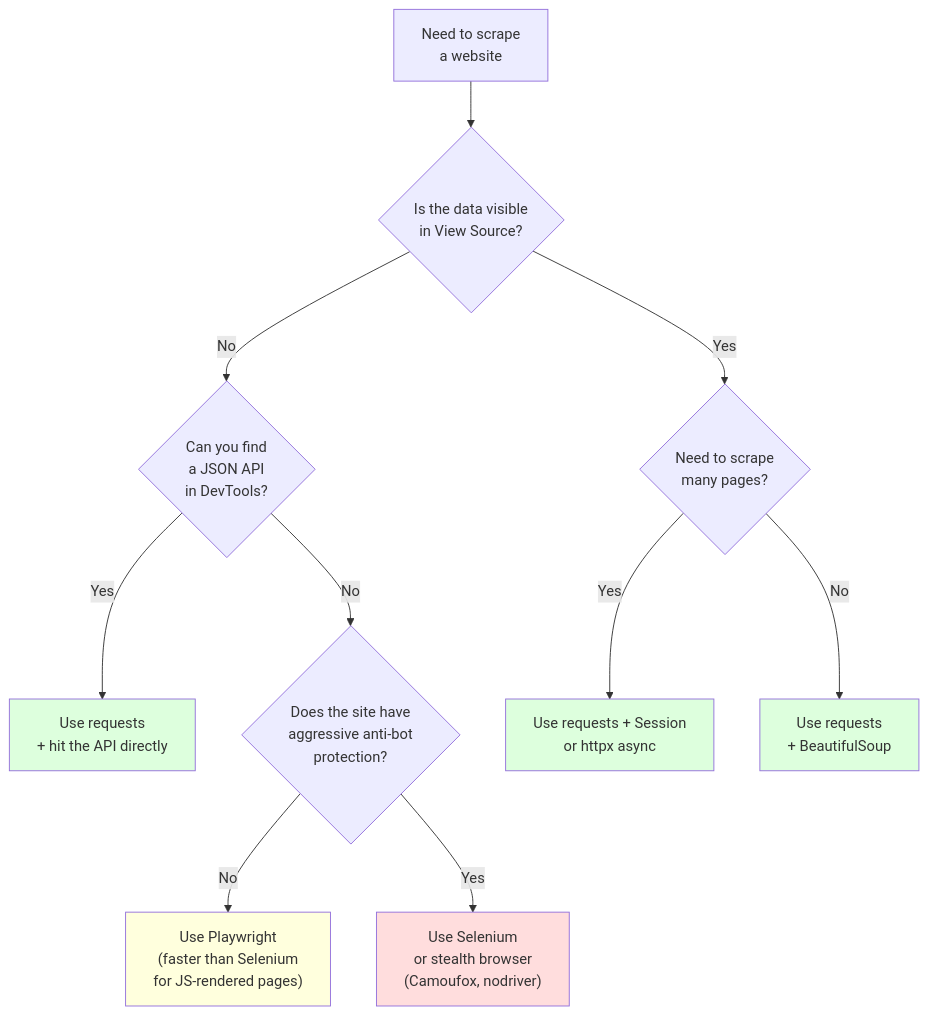
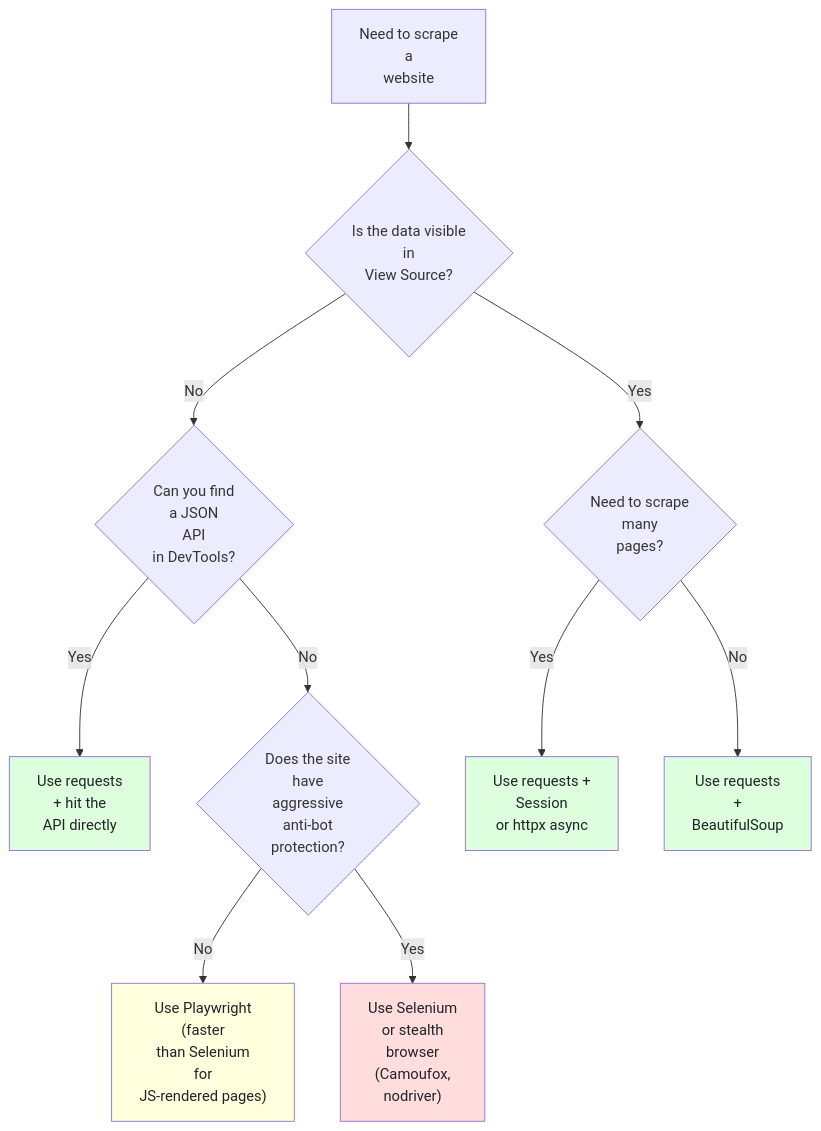
Before and after one commit to bytetunnels/bytetunnels.github.com: the second of 2 diagrams in _posts/2026-03-02-python-requests-vs-selenium-speed-performance-comparison.md, drawn with Mermaid. The commit also changed other lines of this file and 118 other files, not shown here.

Commit message:
feat: improve diagram styling and compact wide flowcharts

````diff
--- a/_posts/2026-03-02-python-requests-vs-selenium-speed-performance-comparison.md
+++ b/_posts/2026-03-02-python-requests-vs-selenium-speed-performance-comparison.md
@@ -486,21 +486,21 @@
 ```mermaid
 flowchart TD
-    A["Need to scrape\na website"] --> B{"Is the data visible\nin View Source?"}
-    B -->|"Yes"| C{"Need to scrape\nmany pages?"}
-    B -->|"No"| D{"Can you find\na JSON API\nin DevTools?"}
+    A["Need to scrape\na<br/>website"] --> B{"Is the data visible\nin<br/>View Source?"}
+    B -->|"Yes"| C{"Need to scrape\nmany<br/>pages?"}
+    B -->|"No"| D{"Can you find\na JSON<br/>API\nin DevTools?"}
 
-    D -->|"Yes"| E["Use requests\n+ hit the API directly"]
-    D -->|"No"| F{"Does the site have\naggressive anti-bot\nprotection?"}
+    D -->|"Yes"| E["Use requests\n+ hit the<br/>API directly"]
+    D -->|"No"| F{"Does the site<br/>have\naggressive<br/>anti-bot\nprotection?"}
 
-    F -->|"No"| G["Use Playwright\n(faster than Selenium\nfor JS-rendered pages)"]
-    F -->|"Yes"| H["Use Selenium\nor stealth browser\n(Camoufox, nodriver)"]
+    F -->|"No"| G["Use Playwright\n(faster<br/>than Selenium\nfor<br/>JS-rendered pages)"]
+    F -->|"Yes"| H["Use Selenium\nor stealth<br/>browser\n(Camoufox,<br/>nodriver)"]
 
-    C -->|"Yes"| I["Use requests + Session\nor httpx async"]
-    C -->|"No"| J["Use requests\n+ BeautifulSoup"]
+    C -->|"Yes"| I["Use requests +<br/>Session\nor httpx async"]
+    C -->|"No"| J["Use requests\n+<br/>BeautifulSoup"]
 
-    style E fill:#ddffdd
-    style I fill:#ddffdd
-    style J fill:#ddffdd
-    style G fill:#ffffdd
-    style H fill:#ffdddd
+    style E fill:#ddffdd,color:#1f2328
+    style I fill:#ddffdd,color:#1f2328
+    style J fill:#ddffdd,color:#1f2328
+    style G fill:#ffffdd,color:#1f2328
+    style H fill:#ffdddd,color:#1f2328
 ```
````
